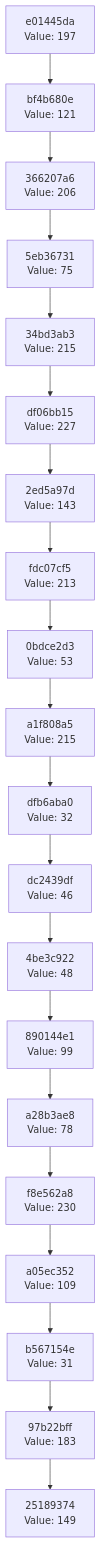
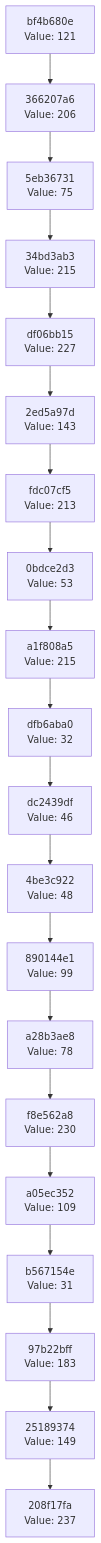
The diagram in docs/CHAIN_VISUALIZATION.md (Abhisheksinha1506/hash-chain-evolver), drawn with Mermaid before and after one commit. The commit also changed 2 other files, not shown here.

Commit message:
Evolution Step

````diff
--- a/docs/CHAIN_VISUALIZATION.md
+++ b/docs/CHAIN_VISUALIZATION.md
@@ -3,42 +3,42 @@
 ```mermaid
 graph TD
-    C0["25189374<br/>Value: 149"]
-    C1["97b22bff<br/>Value: 183"]
+    C0["208f17fa<br/>Value: 237"]
+    C1["25189374<br/>Value: 149"]
     C1 --> C0
-    C2["b567154e<br/>Value: 31"]
+    C2["97b22bff<br/>Value: 183"]
     C2 --> C1
-    C3["a05ec352<br/>Value: 109"]
+    C3["b567154e<br/>Value: 31"]
     C3 --> C2
-    C4["f8e562a8<br/>Value: 230"]
+    C4["a05ec352<br/>Value: 109"]
     C4 --> C3
-    C5["a28b3ae8<br/>Value: 78"]
+    C5["f8e562a8<br/>Value: 230"]
     C5 --> C4
-    C6["890144e1<br/>Value: 99"]
+    C6["a28b3ae8<br/>Value: 78"]
     C6 --> C5
-    C7["4be3c922<br/>Value: 48"]
+    C7["890144e1<br/>Value: 99"]
     C7 --> C6
-    C8["dc2439df<br/>Value: 46"]
+    C8["4be3c922<br/>Value: 48"]
     C8 --> C7
-    C9["dfb6aba0<br/>Value: 32"]
+    C9["dc2439df<br/>Value: 46"]
     C9 --> C8
-    C10["a1f808a5<br/>Value: 215"]
+    C10["dfb6aba0<br/>Value: 32"]
     C10 --> C9
-    C11["0bdce2d3<br/>Value: 53"]
+    C11["a1f808a5<br/>Value: 215"]
     C11 --> C10
-    C12["fdc07cf5<br/>Value: 213"]
+    C12["0bdce2d3<br/>Value: 53"]
     C12 --> C11
-    C13["2ed5a97d<br/>Value: 143"]
+    C13["fdc07cf5<br/>Value: 213"]
     C13 --> C12
-    C14["df06bb15<br/>Value: 227"]
+    C14["2ed5a97d<br/>Value: 143"]
     C14 --> C13
-    C15["34bd3ab3<br/>Value: 215"]
+    C15["df06bb15<br/>Value: 227"]
     C15 --> C14
-    C16["5eb36731<br/>Value: 75"]
+    C16["34bd3ab3<br/>Value: 215"]
     C16 --> C15
-    C17["366207a6<br/>Value: 206"]
+    C17["5eb36731<br/>Value: 75"]
     C17 --> C16
-    C18["bf4b680e<br/>Value: 121"]
+    C18["366207a6<br/>Value: 206"]
     C18 --> C17
-    C19["e01445da<br/>Value: 197"]
+    C19["bf4b680e<br/>Value: 121"]
     C19 --> C18
 ```
````
